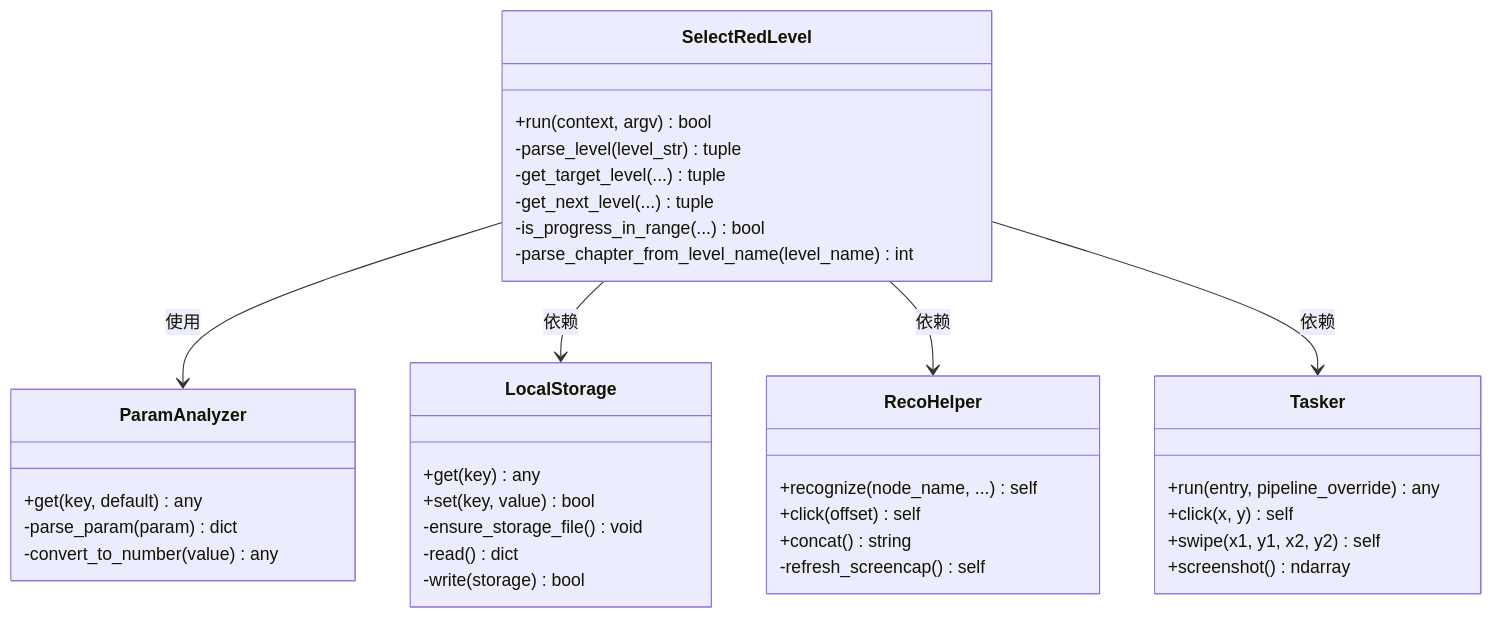
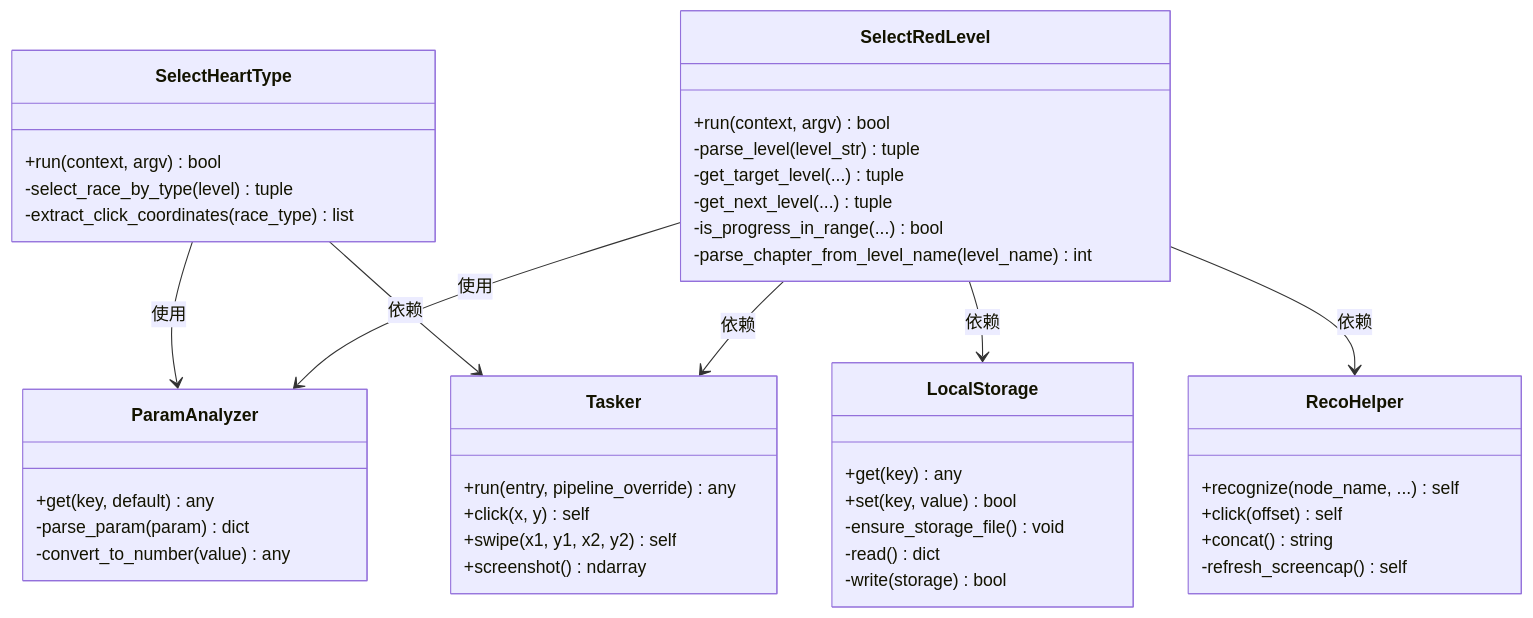
The fourth of 8 diagrams in .qoder/repowiki/zh/content/核心功能详解/日常任务功能/每日清红糖功能.md (kqcoxn/MaaDuDuL), drawn with Mermaid before and after one commit. The commit also changed other lines of this file and 12 other files, not shown here.

````diff
--- a/.qoder/repowiki/zh/content/核心功能详解/日常任务功能/每日清红糖功能.md
+++ b/.qoder/repowiki/zh/content/核心功能详解/日常任务功能/每日清红糖功能.md
@@ -187,39 +200,46 @@
 ```mermaid
 classDiagram
+class SelectHeartType {
++run(context, argv) bool
+-select_race_by_type(level) tuple
+-extract_click_coordinates(race_type) list
+}
 class SelectRedLevel {
 +run(context, argv) bool
 -parse_level(level_str) tuple
 -get_target_level(...) tuple
 -get_next_level(...) tuple
 -is_progress_in_range(...) bool
 -parse_chapter_from_level_name(level_name) int
 }
 class ParamAnalyzer {
 +get(key, default) any
 -parse_param(param) dict
 -convert_to_number(value) any
 }
 class LocalStorage {
 +get(key) any
 +set(key, value) bool
 -ensure_storage_file() void
 -read() dict
 -write(storage) bool
 }
 class RecoHelper {
 +recognize(node_name, ...) self
 +click(offset) self
 +concat() string
 -refresh_screencap() self
 }
 class Tasker {
 +run(entry, pipeline_override) any
 +click(x, y) self
 +swipe(x1, y1, x2, y2) self
 +screenshot() ndarray
 }
+SelectHeartType --> ParamAnalyzer : 使用
+SelectHeartType --> Tasker : 依赖
 SelectRedLevel --> ParamAnalyzer : 使用
 SelectRedLevel --> LocalStorage : 依赖
 SelectRedLevel --> RecoHelper : 依赖
 SelectRedLevel --> Tasker : 依赖
 ```
````
